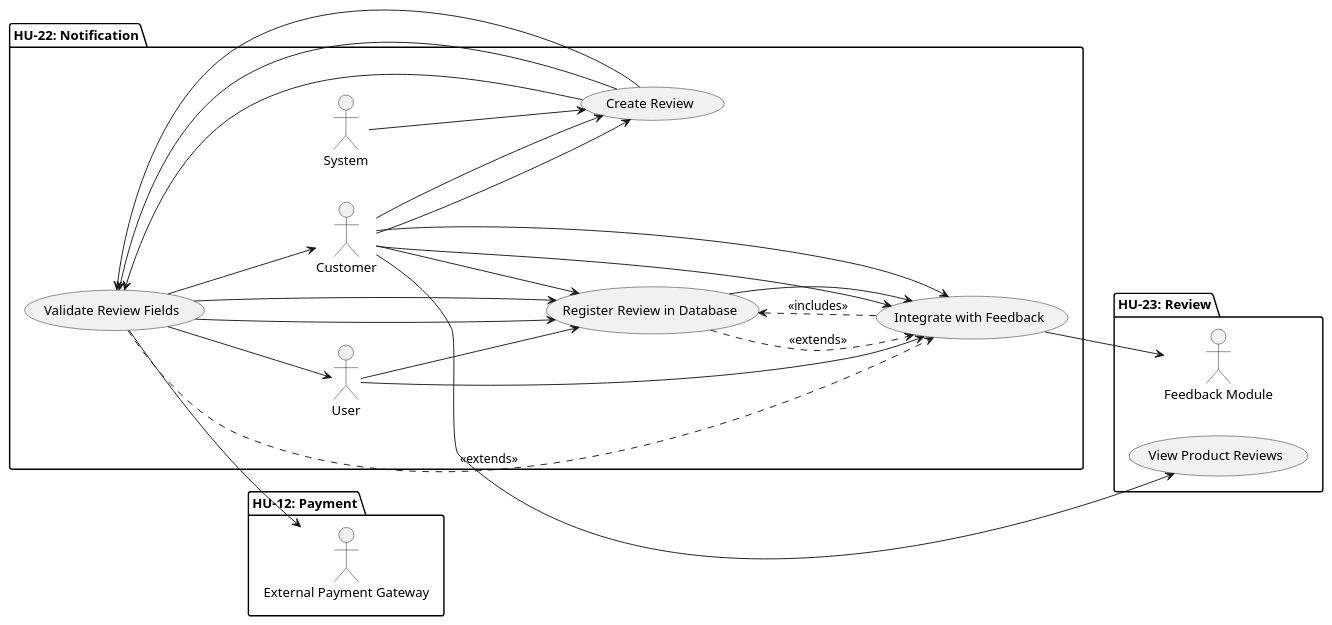
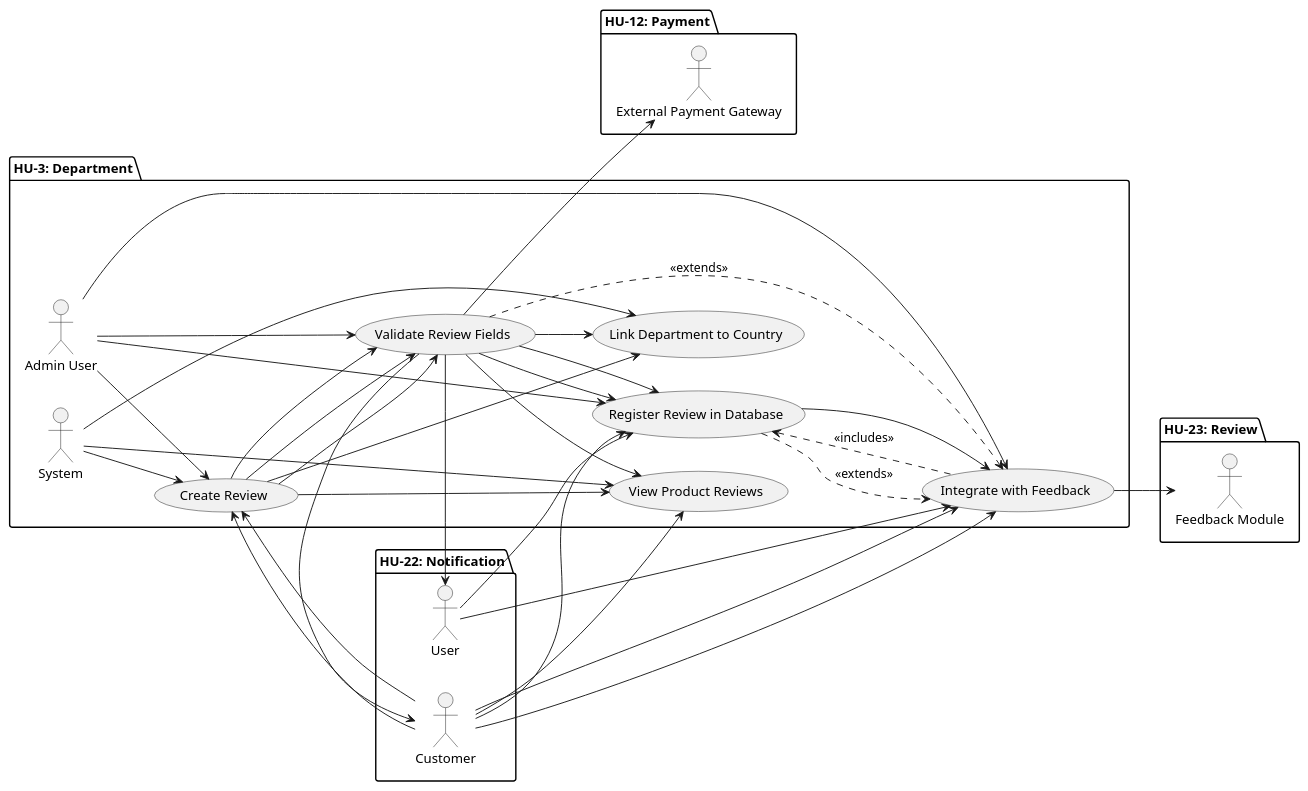
Before and after one commit to code-sena/laboratory-2899747: the diagram in document/architecture/usecase.wsd, drawn with PlantUML.

Commit message:
docs(department): add use case diagram for Department entity

```diff
--- a/document/architecture/usecase.wsd
+++ b/document/architecture/usecase.wsd
@@ -1,77 +1,107 @@
 @startuml
   left to right direction
 
+  package "HU-3: Department" {
+
+    'Actors
+    actor "Admin User" as Admin
+    actor "System" as System
+
+    'Use Cases
+    usecase "Register Department" as UC1
+    usecase "Update Department" as UC2
+    usecase "Deactivate Department" as UC3
+    usecase "View Departments" as UC4
+    usecase "Validate Uniqueness & Format" as UC5
+    usecase "Link Department to Country" as UC6
+
+    'Relationships
+    Admin --> UC1
+    Admin --> UC2
+    Admin --> UC3
+    Admin --> UC4
+
+    UC1 --> UC5
+    UC1 --> UC6
+
+    UC2 --> UC5
+    UC2 --> UC6
+
+    System --> UC5
+    System --> UC6
+  }
+  
   package "HU-22: Notification" {
 
     'Actors'
     actor "System" as System
     actor "User" as User
     actor "Customer" as Customer
 
     'Use Cases'
     usecase "Register Notification" as UC1
     usecase "Send/Display Notification" as UC2
     usecase "Mark Notification as Read" as UC3
     usecase "View Notifications" as UC4
 
     'Relationships'
     System --> UC1
     UC1 --> UC2
     UC2 --> User
     UC2 --> Customer
 
     User --> UC3
     Customer --> UC3
 
     User --> UC4
     Customer --> UC4
 
     UC3 .> UC4 : <<extends>>
   }
 
   package "HU-12: Payment" {
 
     'Actors'
     actor "Customer" as Customer
     actor "External Payment Gateway" as PaymentGateway
 
     'Use Cases'
     usecase "Register Payment" as UC1
     usecase "Process Payment" as UC2
     usecase "Update Order Status" as UC3
     usecase "View Payment History" as UC4
 
     'Relationships'
     Customer --> UC1
     Customer --> UC4
 
     UC1 --> UC2
     UC2 --> PaymentGateway
     UC2 .> UC4 : <<extends>>
     UC3 <.. UC4 : <<includes>>
 
     UC2 --> UC3
   }
 
     package "HU-23: Review" {
 
     'Actors'
     actor "Customer" as Customer
     actor "Feedback Module" as FeedbackModule
 
     'Use Cases'
     usecase "Create Review" as UC1
     usecase "Validate Review Fields" as UC2
     usecase "Register Review in Database" as UC3
     usecase "Integrate with Feedback" as UC4
     usecase "View Product Reviews" as UC5
 
     'Relationships'
     Customer --> UC1
     UC1 --> UC2
     UC2 --> UC3
     UC3 --> UC4
     UC4 --> FeedbackModule
     Customer --> UC5
   }
 @enduml
```
